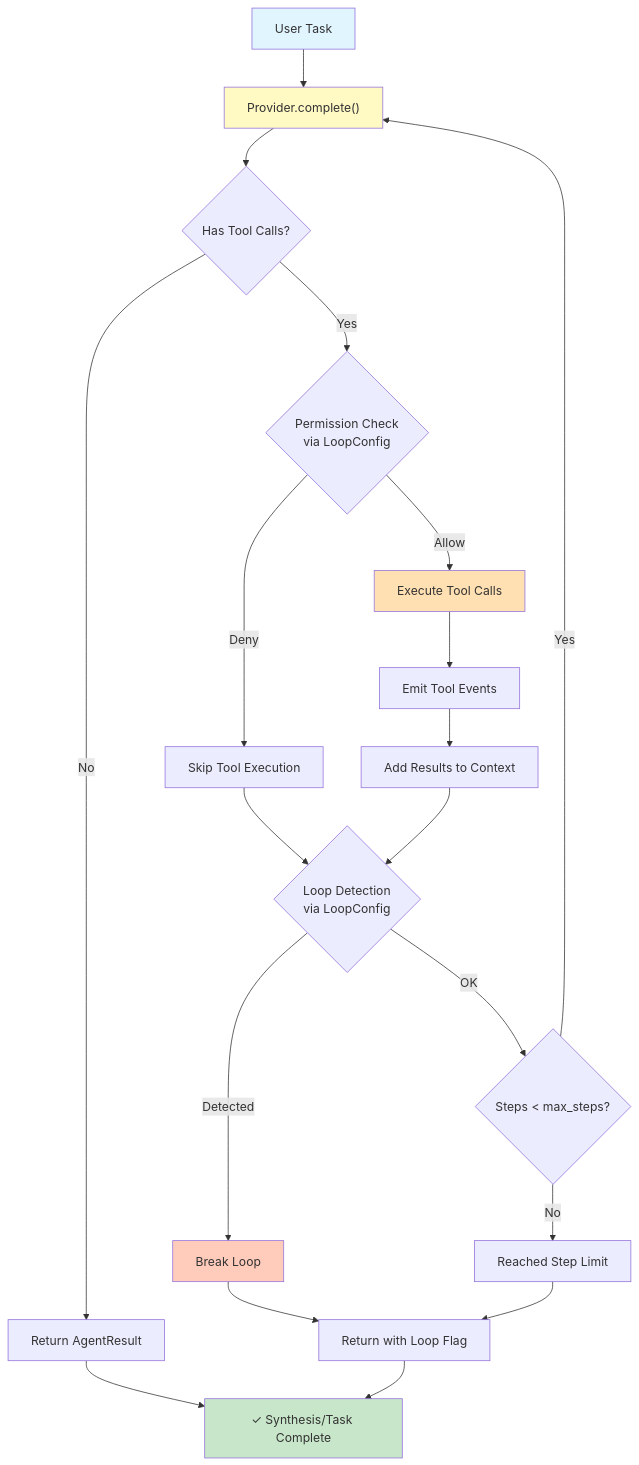
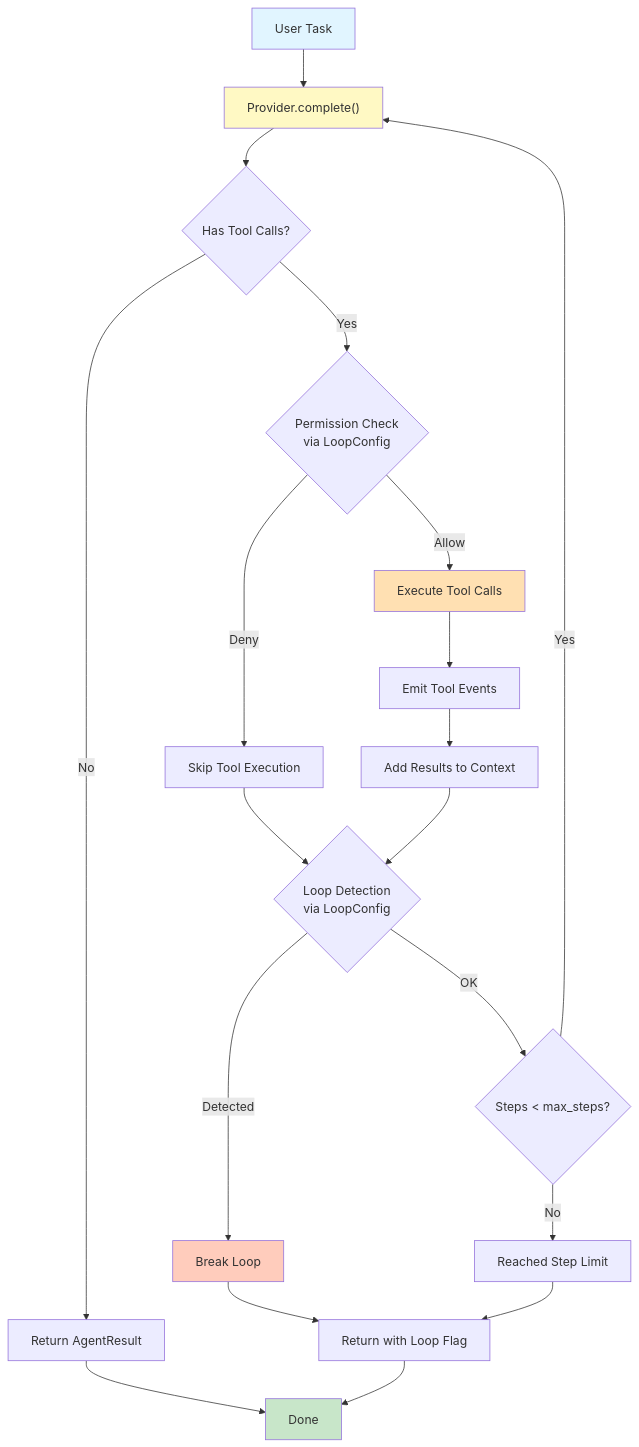
Before and after one commit to 0bserver07/chimera: the second of 4 diagrams in docs/architecture.md, drawn with Mermaid. The commit also changed other lines of this file, not shown here.

First line of the commit message:
docs: update architecture to 8-layer stack with full module map

````diff
--- a/docs/architecture.md
+++ b/docs/architecture.md
@@ -116,36 +190,36 @@
 ```mermaid
 flowchart TD
     Start["User Task"] --> Complete["Provider.complete()"]
     Complete --> HasTools{Has Tool Calls?}
 
     HasTools -->|No| Return["Return AgentResult"]
 
     HasTools -->|Yes| Permission{Permission Check<br/>via LoopConfig}
 
     Permission -->|Deny| SkipTool["Skip Tool Execution"]
     SkipTool --> LoopDetect
 
     Permission -->|Allow| Execute["Execute Tool Calls"]
     Execute --> Emit["Emit Tool Events"]
     Emit --> Results["Add Results to Context"]
     Results --> LoopDetect
 
     LoopDetect{Loop Detection<br/>via LoopConfig}
 
     LoopDetect -->|Detected| Break["Break Loop"]
     Break --> ReturnFail["Return with Loop Flag"]
 
     LoopDetect -->|OK| HasSteps{Steps < max_steps?}
     HasSteps -->|Yes| Complete
     HasSteps -->|No| StepLimit["Reached Step Limit"]
     StepLimit --> ReturnFail
 
-    Return --> End["✓ Synthesis/Task Complete"]
+    Return --> End["Done"]
     ReturnFail --> End
 
     style Start fill:#e1f5ff
     style End fill:#c8e6c9
     style Complete fill:#fff9c4
     style Execute fill:#ffe0b2
     style Break fill:#ffccbc
 ```
````
